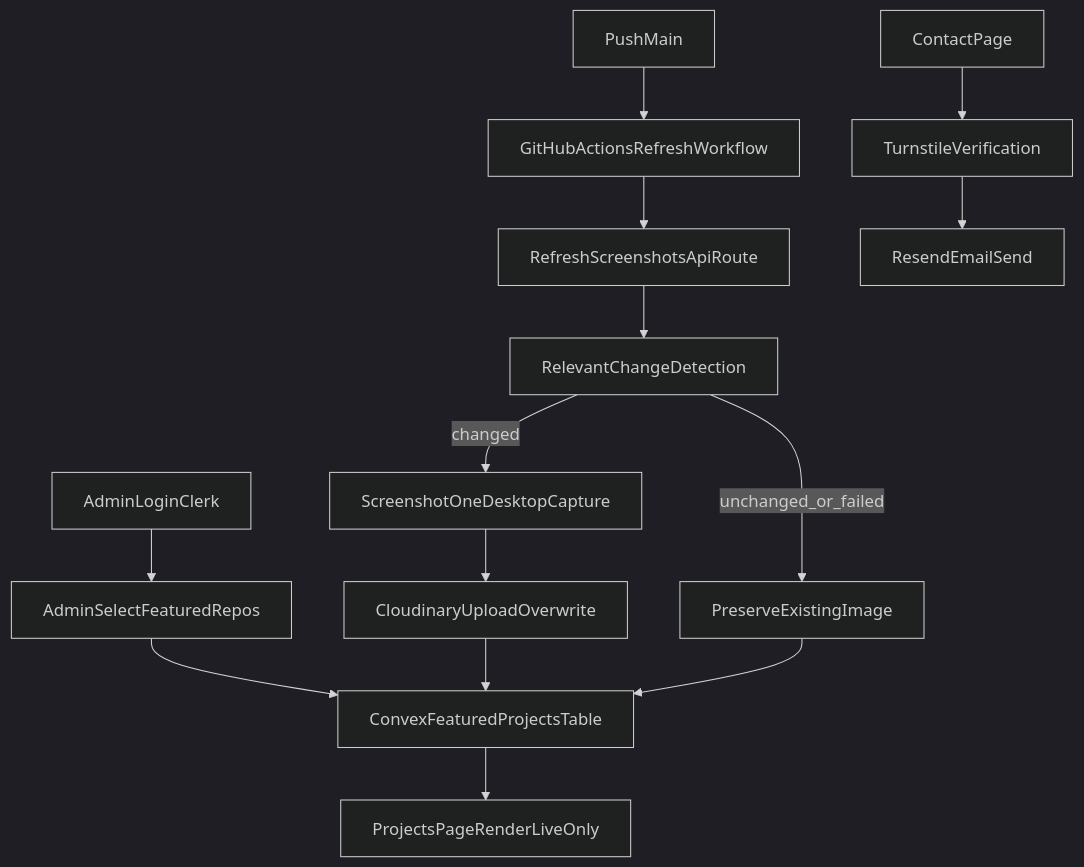
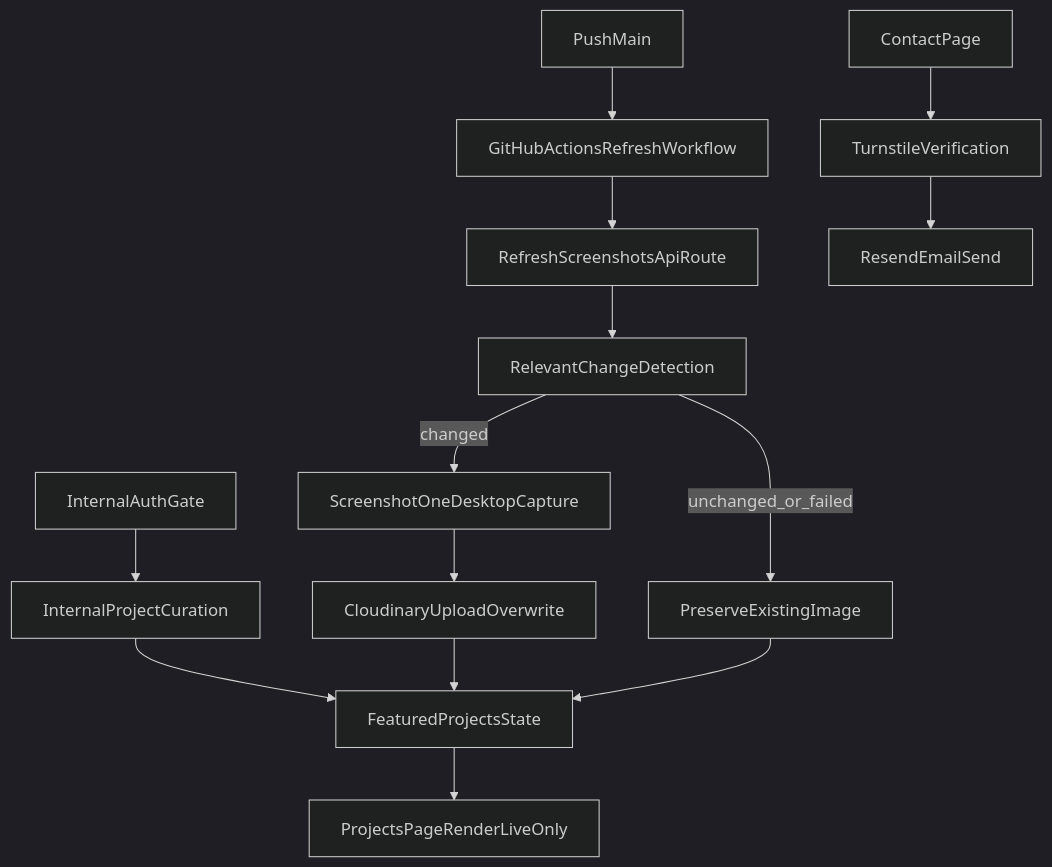
Before and after one commit to alloteyphil/portfolio: the diagram in docs/implementation-plan.md, drawn with Mermaid (dark theme). The commit also changed other lines of this file and 43 other files, not shown here.

First line of the commit message:
Remove Convex references and skills from project documentation and configuration

````diff
--- a/docs/implementation-plan.md
+++ b/docs/implementation-plan.md
@@ -15,18 +15,18 @@
 ```mermaid
 flowchart TD
-  adminLogin["AdminLoginClerk"] --> adminSelect["AdminSelectFeaturedRepos"]
-  adminSelect --> featuredStore["ConvexFeaturedProjectsTable"]
+  internalAuth["InternalAuthGate"] --> internalSelect["InternalProjectCuration"]
+  internalSelect --> featuredStore["FeaturedProjectsState"]
   featuredStore --> projectsPage["ProjectsPageRenderLiveOnly"]
 
   pushMain["PushMain"] --> workflow["GitHubActionsRefreshWorkflow"]
   workflow --> refreshApi["RefreshScreenshotsApiRoute"]
   refreshApi --> compareHash["RelevantChangeDetection"]
   compareHash -->|"changed"| screenshotOne["ScreenshotOneDesktopCapture"]
   screenshotOne --> cloudinary["CloudinaryUploadOverwrite"]
   compareHash -->|"unchanged_or_failed"| keepOld["PreserveExistingImage"]
   cloudinary --> featuredStore
   keepOld --> featuredStore
 
   contactPage["ContactPage"] --> turnstile["TurnstileVerification"]
   turnstile --> resend["ResendEmailSend"]
 ```
````
